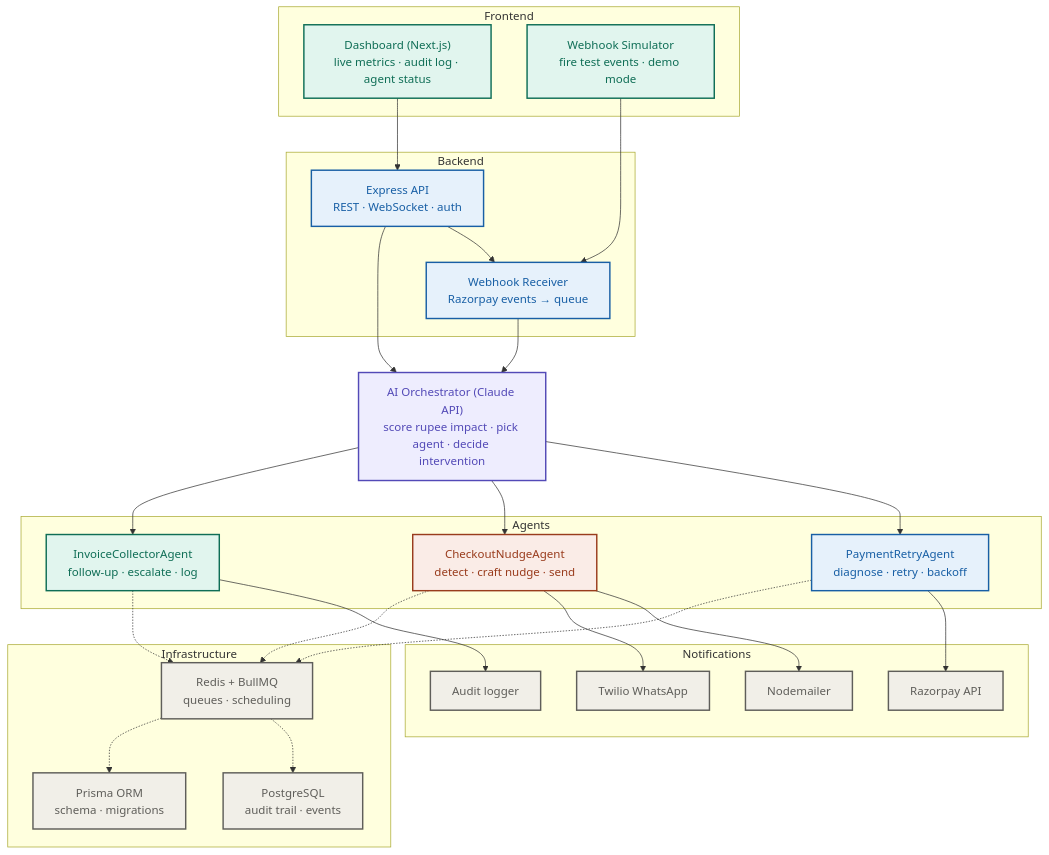
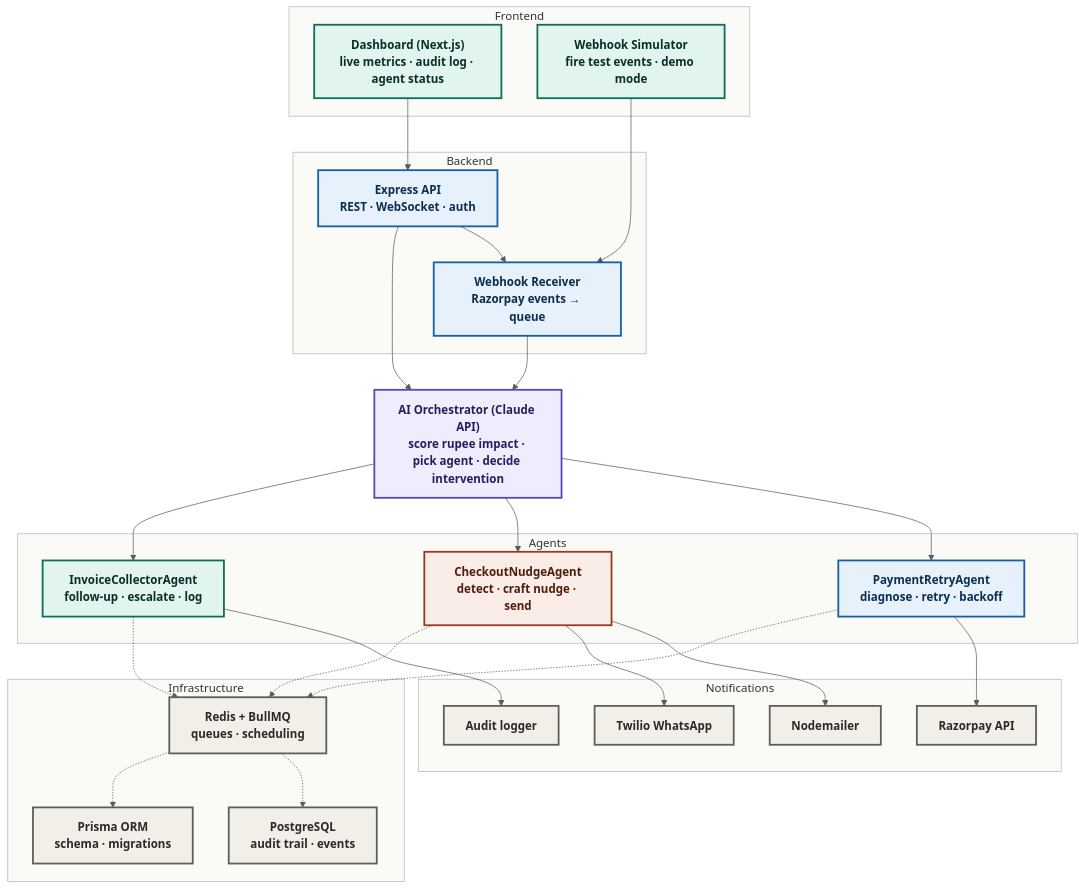
One commit to abhishekck31/RevenueRadar changed the diagram in README.md. Above: the diagram before and after it, drawn with Mermaid. The commit also changed other lines of this file and 1 other file, not shown here.

Commit message:
Improve architecture diagram legibility
Bumps stroke width, uses near-black text colors, and bolds node
titles via classDef font-weight (CSS, not HTML tags — GitHub's
Mermaid renderer runs in a stricter security mode that can strip
raw <b> tags, so this keeps the diagram portable across GitHub,
local rendering, and the Excalidraw Mermaid importer). Adds an
init directive for larger base font size and a higher-contrast
cluster background so the section labels (Frontend, Backend,
Agents, ...) read clearly too. Drops the static PNG embed in
favor of the live-rendered version, since GitHub renders mermaid
fences natively and it stays in sync with the source automatically.

Verified by rendering through @mermaid-js/mermaid-cli after each
change — an early attempt at forcing box order with invisible
~~~ edges broke the clean row layout into a scrambled vertical
stack, so that was reverted in favor of Mermaid's own auto-layout.

Claude-Session: https://claude.ai/code/session_01SEKd4XNXPsVnqrPoX7gLJn

````diff
--- a/README.md
+++ b/README.md
@@ -49,70 +45,71 @@
 ```mermaid
+%%{init: {"flowchart": {"curve": "basis"}, "themeVariables": {"fontSize": "16px", "fontFamily": "Trebuchet MS, Verdana, Arial, sans-serif", "clusterBkg": "#FAFAF7", "clusterBorder": "#B8B5AC", "edgeLabelBackground": "#ffffff", "lineColor": "#5A5A5A"}} }%%
 flowchart TD
     subgraph Frontend["Frontend"]
         Dashboard["Dashboard (Next.js)<br/>live metrics · audit log · agent status"]
         Simulator["Webhook Simulator<br/>fire test events · demo mode"]
     end
 
     subgraph Backend["Backend"]
         API["Express API<br/>REST · WebSocket · auth"]
         Receiver["Webhook Receiver<br/>Razorpay events → queue"]
     end
 
     Orchestrator["AI Orchestrator (Claude API)<br/>score rupee impact · pick agent · decide intervention"]
 
     subgraph Agents["Agents"]
         Payment["PaymentRetryAgent<br/>diagnose · retry · backoff"]
         Checkout["CheckoutNudgeAgent<br/>detect · craft nudge · send"]
         Invoice["InvoiceCollectorAgent<br/>follow-up · escalate · log"]
     end
 
     subgraph Notifications["Notifications"]
         Razorpay["Razorpay API"]
         Mailer["Nodemailer"]
         Twilio["Twilio WhatsApp"]
         AuditLog["Audit logger"]
     end
 
     subgraph Infra["Infrastructure"]
         Postgres["PostgreSQL<br/>audit trail · events"]
         Redis["Redis + BullMQ<br/>queues · scheduling"]
         Prisma["Prisma ORM<br/>schema · migrations"]
     end
 
     Dashboard --> API
     Simulator --> Receiver
     API --> Receiver
     API --> Orchestrator
     Receiver --> Orchestrator
 
     Orchestrator --> Payment
     Orchestrator --> Checkout
     Orchestrator --> Invoice
 
     Payment --> Razorpay
     Checkout --> Mailer
     Checkout --> Twilio
     Invoice --> AuditLog
 
     Payment -.-> Redis
     Checkout -.-> Redis
     Invoice -.-> Redis
     Redis -.-> Postgres
     Redis -.-> Prisma
 
-    classDef frontend fill:#E1F5EE,stroke:#0F6E56,stroke-width:2px,color:#0F6E56;
-    classDef backend fill:#E6F1FB,stroke:#185FA5,stroke-width:2px,color:#185FA5;
-    classDef orch fill:#EEEDFE,stroke:#534AB7,stroke-width:2px,color:#534AB7;
-    classDef payment fill:#E6F1FB,stroke:#185FA5,stroke-width:2px,color:#185FA5;
-    classDef checkout fill:#FAECE7,stroke:#993C1D,stroke-width:2px,color:#993C1D;
-    classDef invoice fill:#E1F5EE,stroke:#0F6E56,stroke-width:2px,color:#0F6E56;
-    classDef infra fill:#F1EFE8,stroke:#5F5E5A,stroke-width:2px,color:#5F5E5A;
+    classDef frontend fill:#E1F5EE,stroke:#0F6E56,stroke-width:2.5px,color:#0A2E27,font-weight:bold;
+    classDef backend fill:#E6F1FB,stroke:#185FA5,stroke-width:2.5px,color:#0C2E4D,font-weight:bold;
+    classDef orch fill:#EEEDFE,stroke:#534AB7,stroke-width:2.5px,color:#241F5C,font-weight:bold;
+    classDef payment fill:#E6F1FB,stroke:#185FA5,stroke-width:2.5px,color:#0C2E4D,font-weight:bold;
+    classDef checkout fill:#FAECE7,stroke:#993C1D,stroke-width:2.5px,color:#4D1E0E,font-weight:bold;
+    classDef invoice fill:#E1F5EE,stroke:#0F6E56,stroke-width:2.5px,color:#0A2E27,font-weight:bold;
+    classDef infra fill:#F1EFE8,stroke:#5F5E5A,stroke-width:2.5px,color:#2B2A28,font-weight:bold;
 
     class Dashboard,Simulator frontend;
     class API,Receiver backend;
     class Orchestrator orch;
     class Payment payment;
     class Checkout checkout;
     class Invoice invoice;
     class Razorpay,Mailer,Twilio,AuditLog,Postgres,Redis,Prisma infra;
 ```
````
